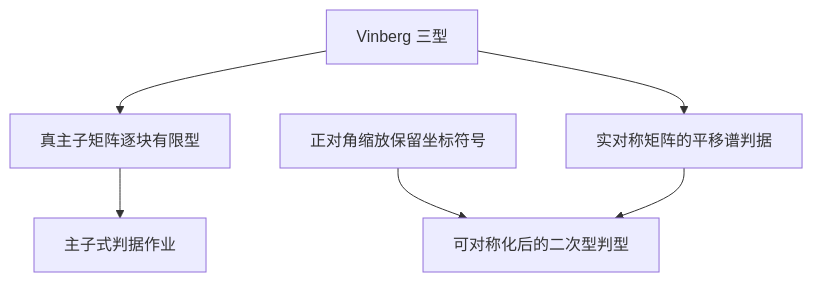
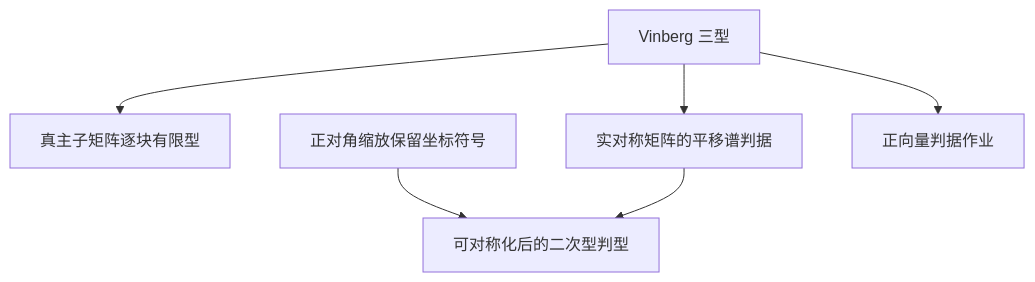
One commit to xsoc1/math-notes changed the fifth of 5 diagrams in 李代数/00_李代数课程总览.md. Above: the diagram before and after it, drawn with Mermaid. The commit also changed other lines of this file and 5 other files, not shown here.

````diff
--- a/李代数/00_李代数课程总览.md
+++ b/李代数/00_李代数课程总览.md
@@ -173,8 +174,8 @@
 ```mermaid
 flowchart TD
     A[Vinberg 三型] --> B[真主子矩阵逐块有限型]
     A --> C[实对称矩阵的平移谱判据]
     D[正对角缩放保留坐标符号] --> E[可对称化后的二次型判型]
     C --> E
-    B --> F[主子式判据作业]
+    A --> F[正向量判据作业]
 ```
````
